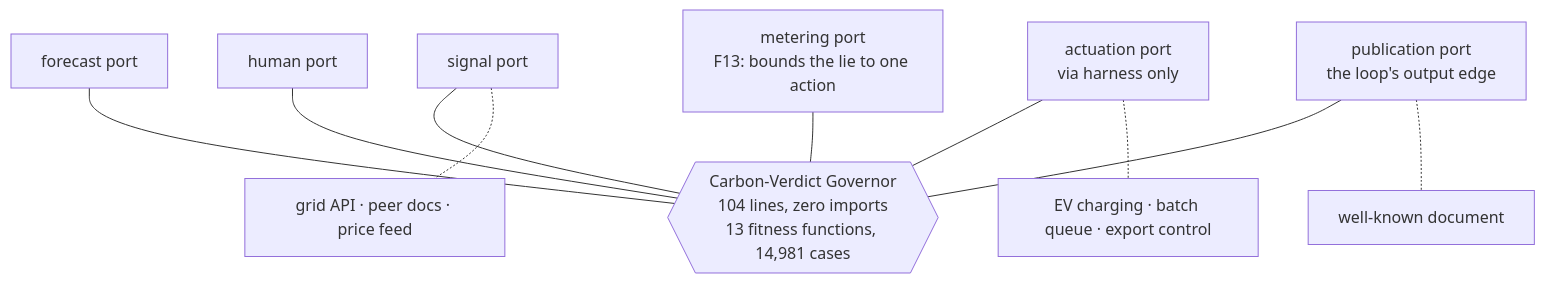
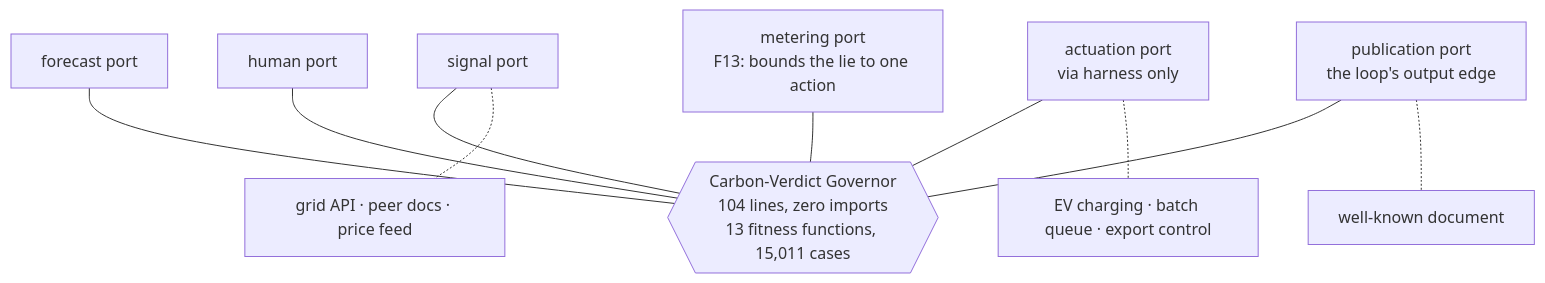
Before and after one commit to andreibesleaga/sustainability-loop-eval: the second of 2 diagrams in docs/EXECUTIVE-CASE.md, drawn with Mermaid. The commit also changed other lines of this file and 17 other files, not shown here.

````diff
--- a/docs/EXECUTIVE-CASE.md
+++ b/docs/EXECUTIVE-CASE.md
@@ -38,13 +38,13 @@
 ```mermaid
 flowchart TB
-    CORE{{Carbon-Verdict Governor<br/>104 lines, zero imports<br/>13 fitness functions, 14,981 cases}}
+    CORE{{Carbon-Verdict Governor<br/>104 lines, zero imports<br/>13 fitness functions, 15,011 cases}}
     S[signal port] --- CORE
     F[forecast port] --- CORE
     H[human port] --- CORE
     ACT[actuation port<br/>via harness only] --- CORE
     MET[metering port<br/>F13: bounds the lie to one action] --- CORE
     PUB[publication port<br/>the loop's output edge] --- CORE
     S -.- A1[grid API · peer docs · price feed]
     ACT -.- A2[EV charging · batch queue · export control]
     PUB -.- A3[well-known document]
 ```
````
